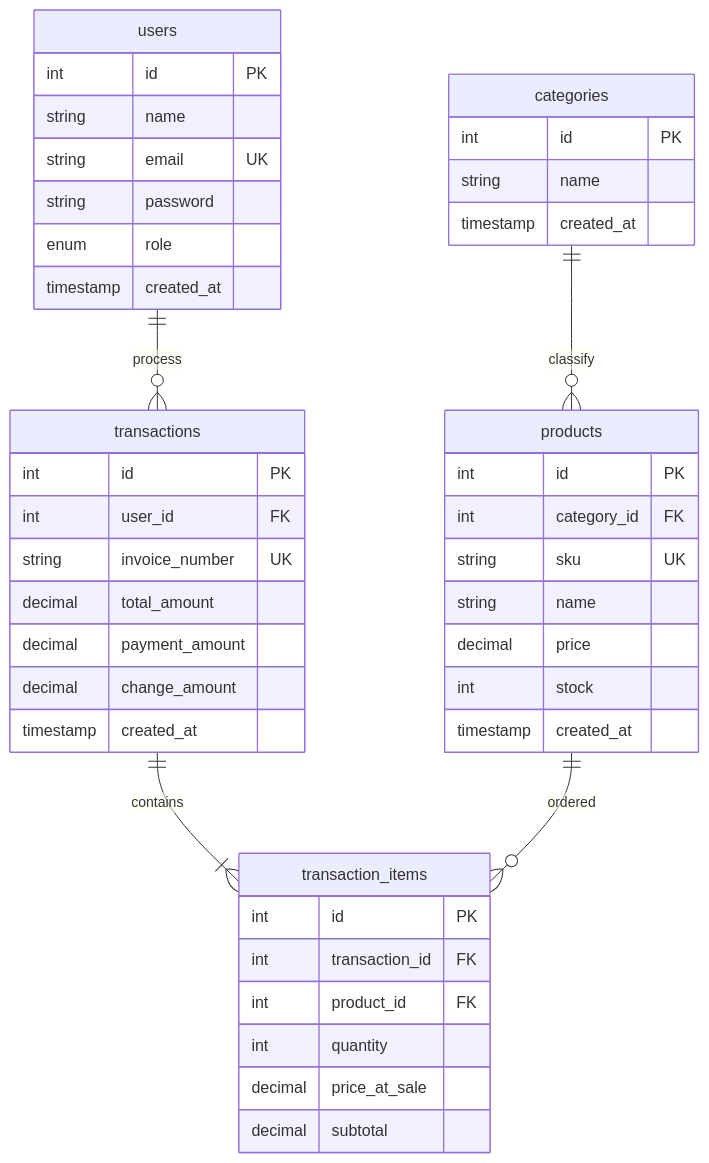
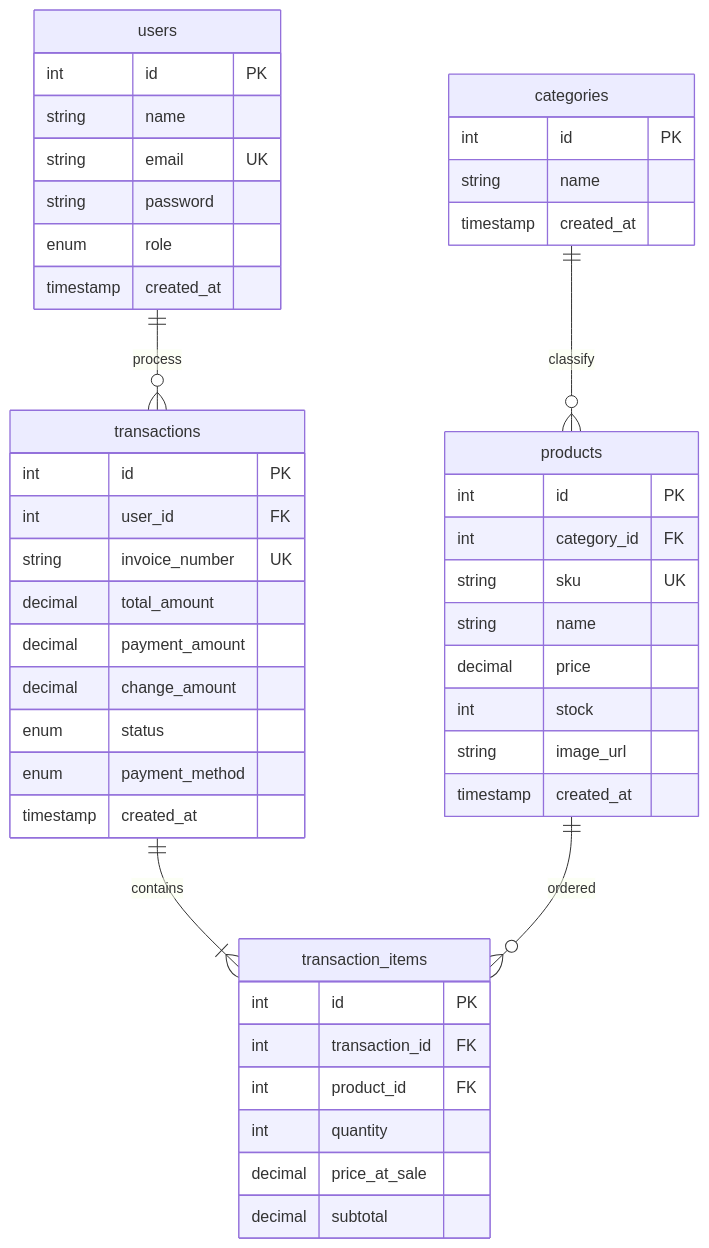
The diagram in docs/00_DATABASE.md (FirmanSyah2078/kocheng), drawn with Mermaid before and after one commit. The commit also changed other lines of this file, not shown here.

````diff
--- a/docs/00_DATABASE.md
+++ b/docs/00_DATABASE.md
@@ -7,47 +7,50 @@
 ```mermaid
 erDiagram
     users ||--o{ transactions : "process"
     categories ||--o{ products : "classify"
     transactions ||--|{ transaction_items : "contains"
     products ||--o{ transaction_items : "ordered"
 
     users {
         int id PK
         string name
         string email UK
         string password
         enum role
         timestamp created_at
     }
     categories {
         int id PK
         string name
         timestamp created_at
     }
     products {
         int id PK
         int category_id FK
         string sku UK
         string name
         decimal price
         int stock
+        string image_url
         timestamp created_at
     }
     transactions {
         int id PK
         int user_id FK
         string invoice_number UK
         decimal total_amount
         decimal payment_amount
         decimal change_amount
+        enum status
+        enum payment_method
         timestamp created_at
     }
     transaction_items {
         int id PK
         int transaction_id FK
         int product_id FK
         int quantity
         decimal price_at_sale
         decimal subtotal
     }
 ```
````
